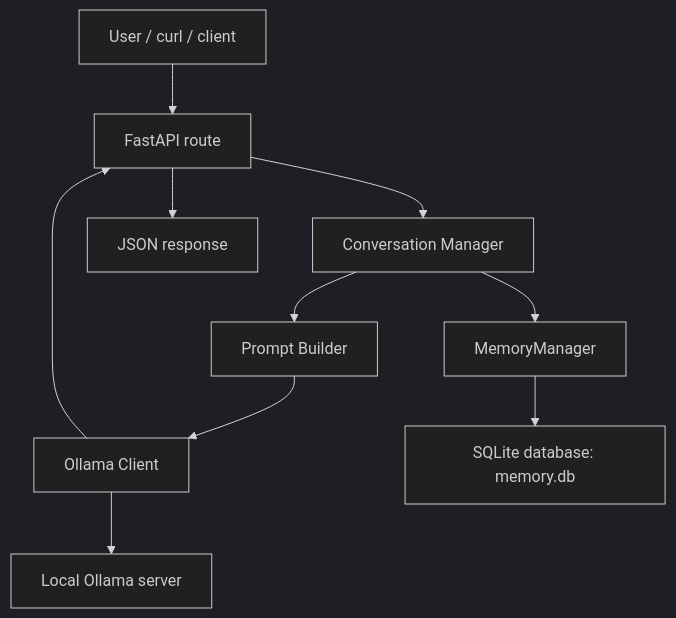
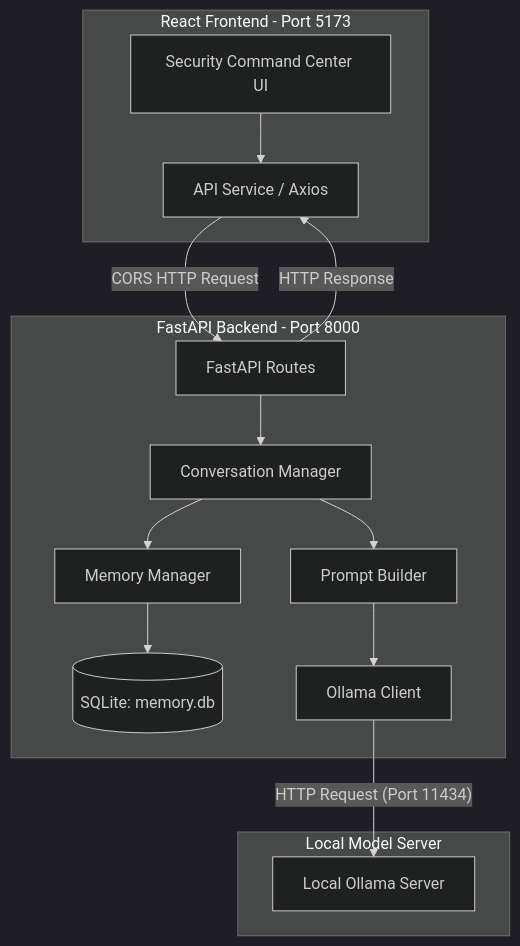
Before and after one commit to Abdul-dev909/AI-Security-: the diagram in README.md, drawn with Mermaid (dark theme). The commit also changed other lines of this file and 1 other file, not shown here.

````diff
--- a/README.md
+++ b/README.md
@@ -26,12 +13,31 @@
 ```mermaid
 flowchart TD
-    A[User / curl / client] --> B[FastAPI route]
-    B --> C[Conversation Manager]
-    C --> D[Prompt Builder]
-    D --> E[Ollama Client]
-    E --> F[Local Ollama server]
-    C --> G[MemoryManager]
-    G --> H[SQLite database: memory.db]
-    E --> B
-    B --> I[JSON response]
+    subgraph Frontend [React Frontend - Port 5173]
+        UI[Security Command Center UI]
+        API_SVC[API Service / Axios]
+        UI --> API_SVC
+    end
+
+    subgraph Backend [FastAPI Backend - Port 8000]
+        ROUTE[FastAPI Routes]
+        CONV[Conversation Manager]
+        PMT[Prompt Builder]
+        MEM[Memory Manager]
+        DB[(SQLite: memory.db)]
+        OLLAMA_CL[Ollama Client]
+        
+        ROUTE --> CONV
+        CONV --> PMT
+        CONV --> MEM
+        MEM --> DB
+        PMT --> OLLAMA_CL
+    end
+
+    subgraph LLM [Local Model Server]
+        OLLAMA[Local Ollama Server]
+    end
+
+    API_SVC -- CORS HTTP Request --> ROUTE
+    OLLAMA_CL -- HTTP Request (Port 11434) --> OLLAMA
+    ROUTE -- HTTP Response --> API_SVC
 ```
````
